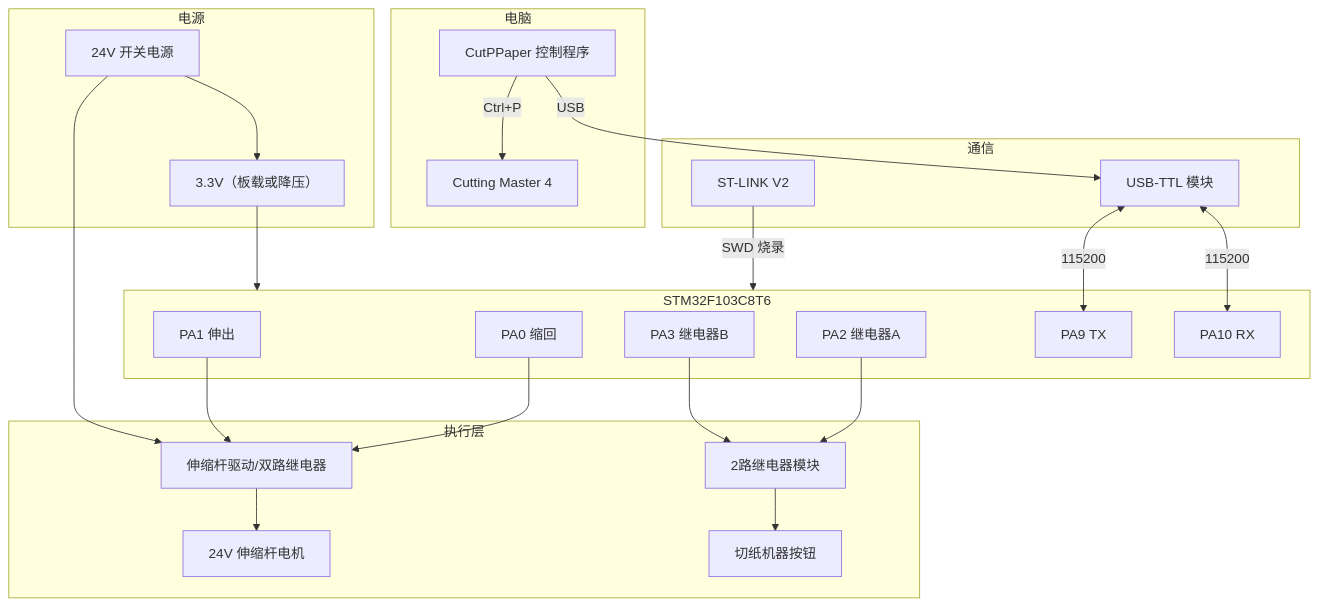
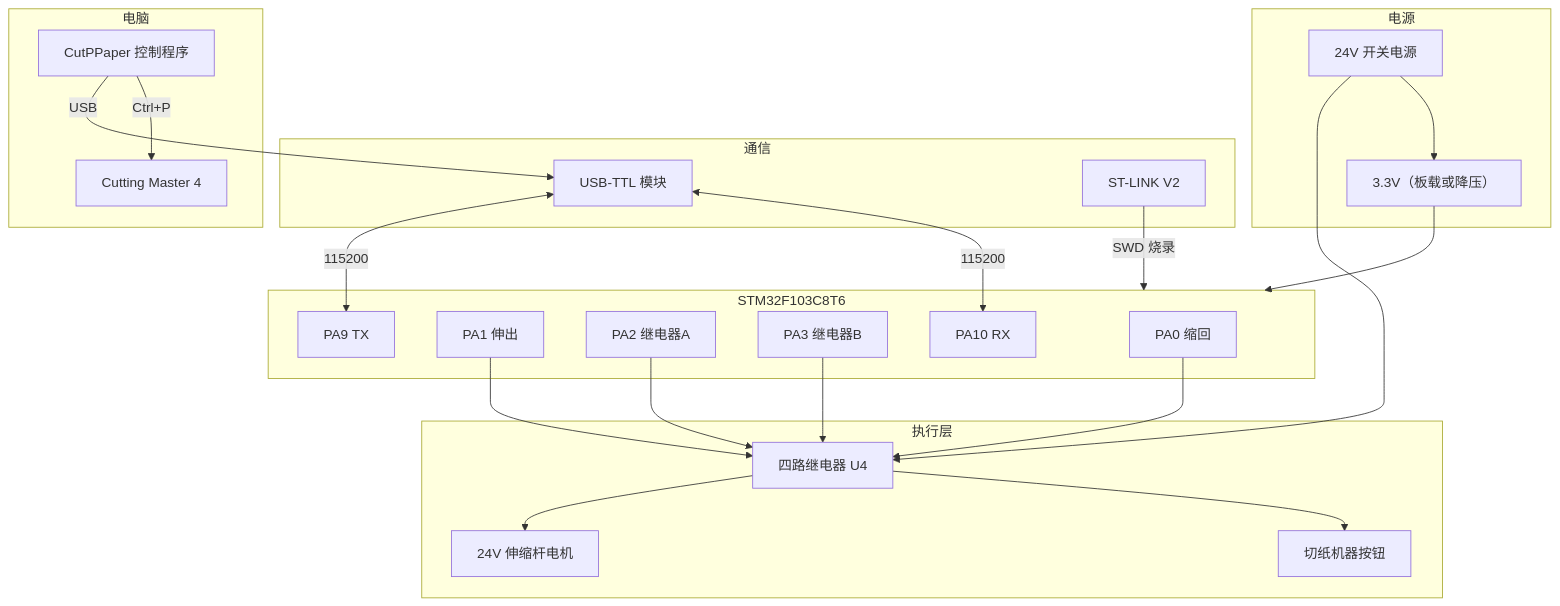
One commit to chenminsay2025/papercutting changed the diagram in docs/wiring.md. Above: the diagram before and after it, drawn with Mermaid. The commit also changed other lines of this file and 12 other files, not shown here.

````diff
--- a/docs/wiring.md
+++ b/docs/wiring.md
@@ -15,51 +15,50 @@
 ```mermaid
 flowchart TB
     subgraph PC["电脑"]
         APP["CutPPaper 控制程序"]
         CM4["Cutting Master 4"]
     end
 
     subgraph COMM["通信"]
         TTL["USB-TTL 模块"]
         STLINK["ST-LINK V2"]
     end
 
     subgraph MCU["STM32F103C8T6"]
         PA0["PA0 缩回"]
         PA1["PA1 伸出"]
         PA2["PA2 继电器A"]
         PA3["PA3 继电器B"]
         PA9["PA9 TX"]
         PA10["PA10 RX"]
     end
 
     subgraph POWER["电源"]
         PS24["24V 开关电源"]
         PS3["3.3V（板载或降压）"]
     end
 
     subgraph ACT["执行层"]
-        MD["伸缩杆驱动/双路继电器"]
-        RY["2路继电器模块"]
+        RY["四路继电器 U4"]
         MOTOR["24V 伸缩杆电机"]
         MACH["切纸机器按钮"]
     end
 
     APP -->|USB| TTL
     TTL <-->|115200| PA9
     TTL <-->|115200| PA10
     STLINK -->|SWD 烧录| MCU
 
-    PA0 --> MD
-    PA1 --> MD
-    MD --> MOTOR
-    PS24 --> MD
+    PA0 --> RY
+    PA1 --> RY
+    RY --> MOTOR
+    PS24 --> RY
 
     PA2 --> RY
     PA3 --> RY
     RY --> MACH
 
     PS24 --> PS3
     PS3 --> MCU
     APP -->|Ctrl+P| CM4
 ```
````
